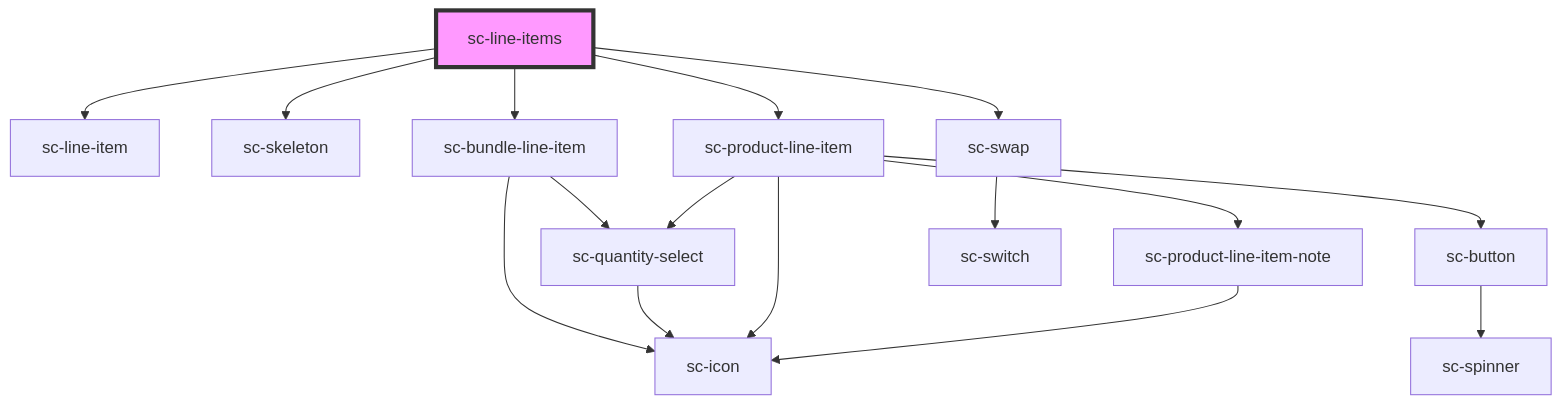
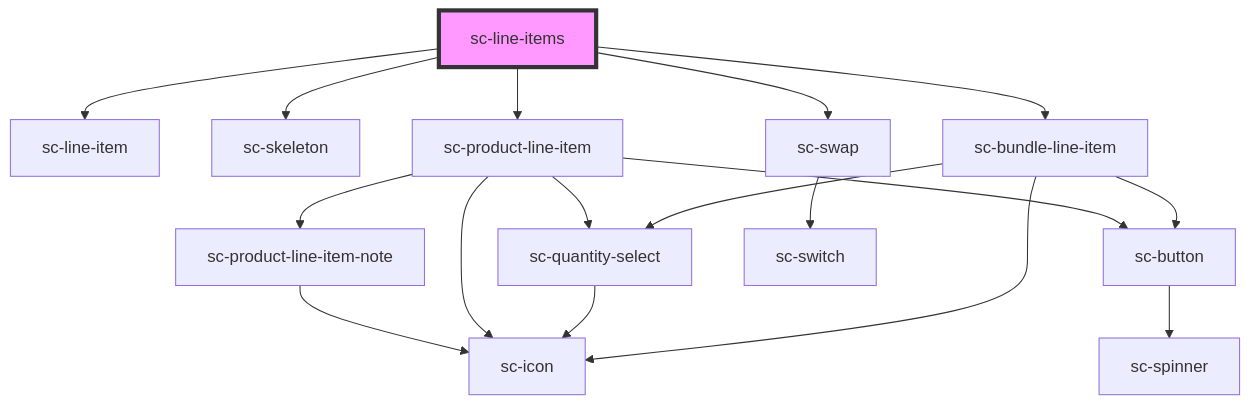
Before and after one commit to surecart/surecart-wp-plugin: the diagram in packages/components/src/components/controllers/checkout-form/line-items/readme.md, drawn with Mermaid. The commit also changed 18 other files, not shown here.

First line of the commit message:
refactor(components): drop sc-bundle-line-item, nest components in sc-product-line-item

````diff
--- a/packages/components/src/components/controllers/checkout-form/line-items/readme.md
+++ b/packages/components/src/components/controllers/checkout-form/line-items/readme.md
@@ -50,19 +50,20 @@
 ```mermaid
 graph TD;
   sc-line-items --> sc-line-item
   sc-line-items --> sc-skeleton
   sc-line-items --> sc-bundle-line-item
   sc-line-items --> sc-product-line-item
   sc-line-items --> sc-swap
   sc-bundle-line-item --> sc-quantity-select
+  sc-bundle-line-item --> sc-button
   sc-bundle-line-item --> sc-icon
   sc-quantity-select --> sc-icon
+  sc-button --> sc-spinner
   sc-product-line-item --> sc-product-line-item-note
   sc-product-line-item --> sc-quantity-select
   sc-product-line-item --> sc-button
   sc-product-line-item --> sc-icon
   sc-product-line-item-note --> sc-icon
-  sc-button --> sc-spinner
   sc-swap --> sc-switch
   style sc-line-items fill:#f9f,stroke:#333,stroke-width:4px
 ```
````
